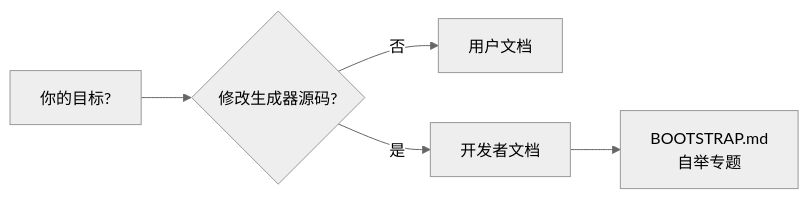
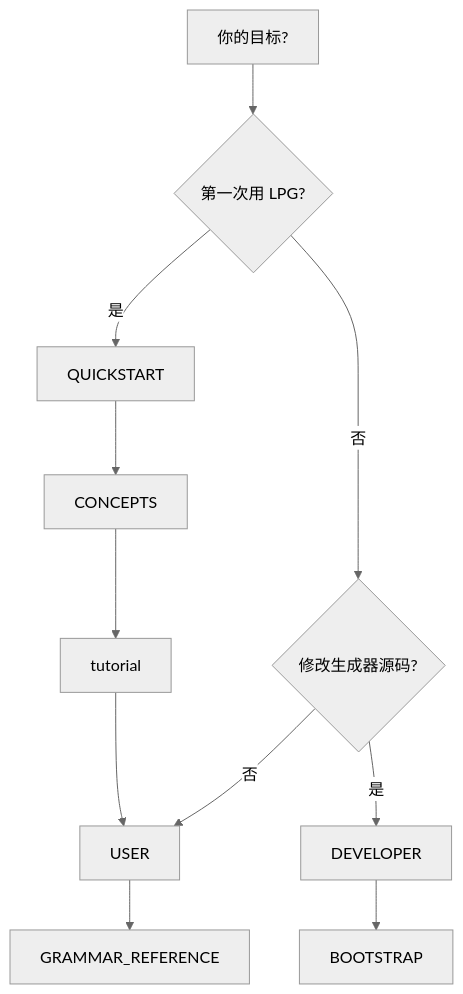
Before and after one commit to A-LPG/LPG2: the diagram in docs/README.md, drawn with Mermaid (neutral theme). The commit also changed other lines of this file and 50 other files, not shown here.

````diff
--- a/docs/README.md
+++ b/docs/README.md
@@ -5,7 +5,13 @@
 ```mermaid
-flowchart LR
-  A[你的目标?] --> B{修改生成器源码?}
-  B -->|否| C[用户文档]
-  B -->|是| D[开发者文档]
-  D --> E[BOOTSTRAP.md<br/>自举专题]
+flowchart TD
+  A[你的目标?] --> B{第一次用 LPG?}
+  B -->|是| Q[QUICKSTART]
+  Q --> C[CONCEPTS]
+  C --> T[tutorial]
+  T --> U[USER]
+  U --> G[GRAMMAR_REFERENCE]
+  B -->|否| M{修改生成器源码?}
+  M -->|否| U
+  M -->|是| D[DEVELOPER]
+  D --> E[BOOTSTRAP]
 ```
````
